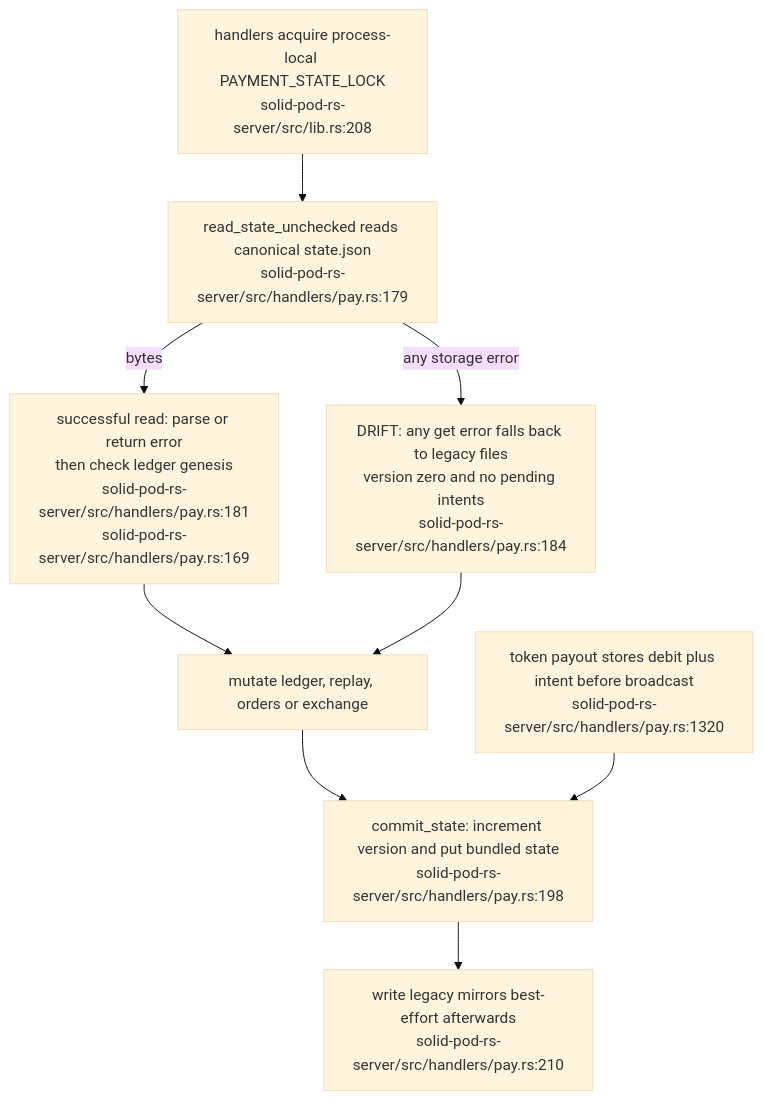
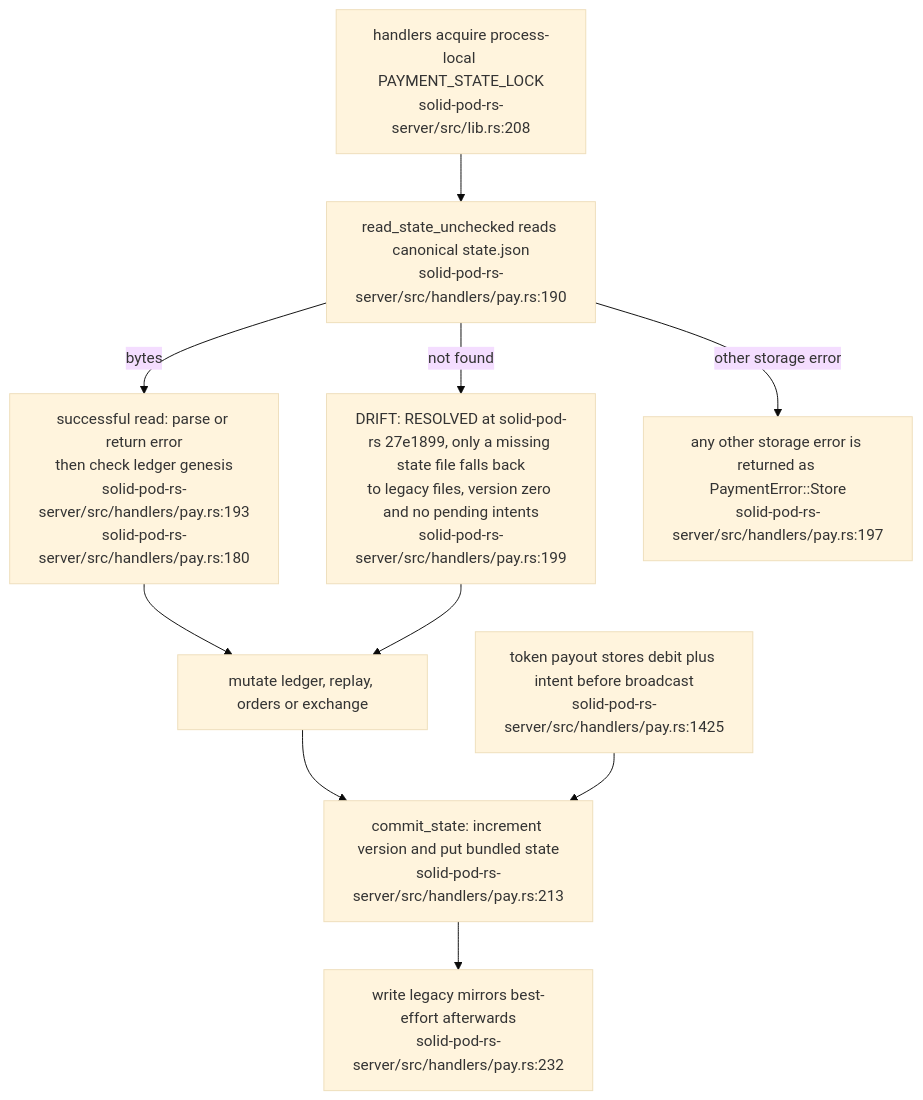
Before and after one commit to DreamLab-AI/VisionFlow: diagram 14 of 19 in docs/diagrams/solid-pod-rs/07-provenance-and-payments.md, drawn with Mermaid (base theme). The commit also changed other lines of this file and 59 other files, not shown here.

First line of the commit message:
docs(diagrams): re-derive and re-stamp forum, website, pod, ontomark and sealmap topics

````diff
--- a/docs/diagrams/solid-pod-rs/07-provenance-and-payments.md
+++ b/docs/diagrams/solid-pod-rs/07-provenance-and-payments.md
@@ -407,16 +407,18 @@
 ```mermaid
 flowchart TD
     LOCK["handlers acquire process-local PAYMENT_STATE_LOCK<br/>solid-pod-rs-server/src/lib.rs:208"]
-    READ["read_state_unchecked reads canonical state.json<br/>solid-pod-rs-server/src/handlers/pay.rs:179"]
-    PARSE["successful read: parse or return error<br/>then check ledger genesis<br/>solid-pod-rs-server/src/handlers/pay.rs:181<br/>solid-pod-rs-server/src/handlers/pay.rs:169"]
-    FALL["DRIFT: any get error falls back to legacy files<br/>version zero and no pending intents<br/>solid-pod-rs-server/src/handlers/pay.rs:184"]
+    READ["read_state_unchecked reads canonical state.json<br/>solid-pod-rs-server/src/handlers/pay.rs:190"]
+    PARSE["successful read: parse or return error<br/>then check ledger genesis<br/>solid-pod-rs-server/src/handlers/pay.rs:193<br/>solid-pod-rs-server/src/handlers/pay.rs:180"]
+    FALL["DRIFT: RESOLVED at solid-pod-rs 27e1899, only a missing state file falls back<br/>to legacy files, version zero and no pending intents<br/>solid-pod-rs-server/src/handlers/pay.rs:199"]
+    ERR["any other storage error is returned as PaymentError::Store<br/>solid-pod-rs-server/src/handlers/pay.rs:197"]
     MUTATE["mutate ledger, replay, orders or exchange"]
-    SAVE["commit_state: increment version and put bundled state<br/>solid-pod-rs-server/src/handlers/pay.rs:198"]
-    MIRROR["write legacy mirrors best-effort afterwards<br/>solid-pod-rs-server/src/handlers/pay.rs:210"]
-    INTENT["token payout stores debit plus intent before broadcast<br/>solid-pod-rs-server/src/handlers/pay.rs:1320"]
+    SAVE["commit_state: increment version and put bundled state<br/>solid-pod-rs-server/src/handlers/pay.rs:213"]
+    MIRROR["write legacy mirrors best-effort afterwards<br/>solid-pod-rs-server/src/handlers/pay.rs:232"]
+    INTENT["token payout stores debit plus intent before broadcast<br/>solid-pod-rs-server/src/handlers/pay.rs:1425"]
     LOCK --> READ
     READ -- bytes --> PARSE --> MUTATE
-    READ -- any storage error --> FALL --> MUTATE
+    READ -- not found --> FALL --> MUTATE
+    READ -- other storage error --> ERR
     MUTATE --> SAVE --> MIRROR
     INTENT --> SAVE
 ```
````
